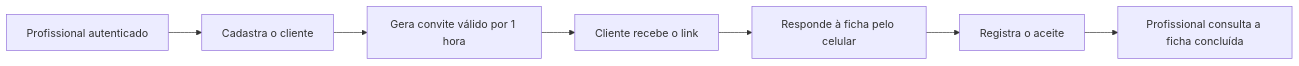
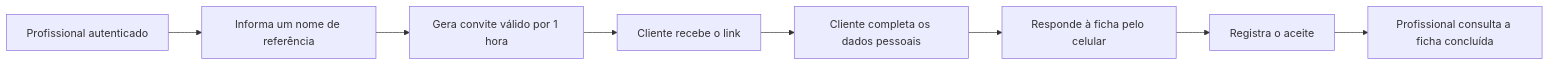
One commit to Felipe-everardo/ficha-digital changed the first of 2 diagrams in README.md. Above: the diagram before and after it, drawn with Mermaid. The commit also changed other lines of this file and 36 other files, not shown here.

Commit message:
feat: move personal data entry to client flow

````diff
--- a/README.md
+++ b/README.md
@@ -26,9 +27,10 @@
 ```mermaid
 flowchart LR
-    A["Profissional autenticado"] --> B["Cadastra o cliente"]
+    A["Profissional autenticado"] --> B["Informa um nome de referência"]
     B --> C["Gera convite válido por 1 hora"]
     C --> D["Cliente recebe o link"]
-    D --> E["Responde à ficha pelo celular"]
-    E --> F["Registra o aceite"]
-    F --> G["Profissional consulta a ficha concluída"]
+    D --> E["Cliente completa os dados pessoais"]
+    E --> F["Responde à ficha pelo celular"]
+    F --> G["Registra o aceite"]
+    G --> H["Profissional consulta a ficha concluída"]
 ```
````
